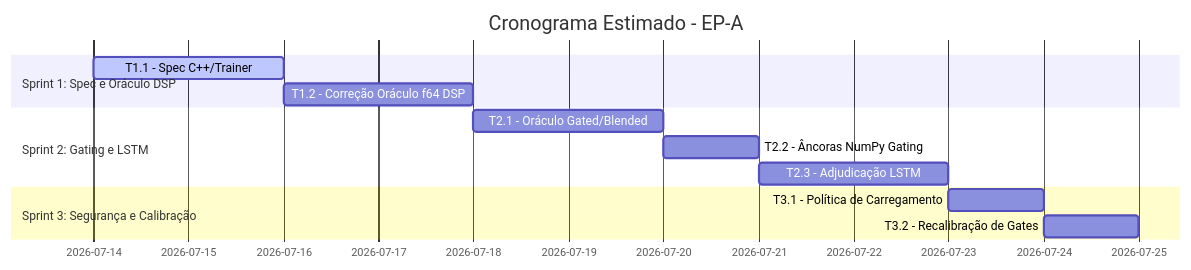
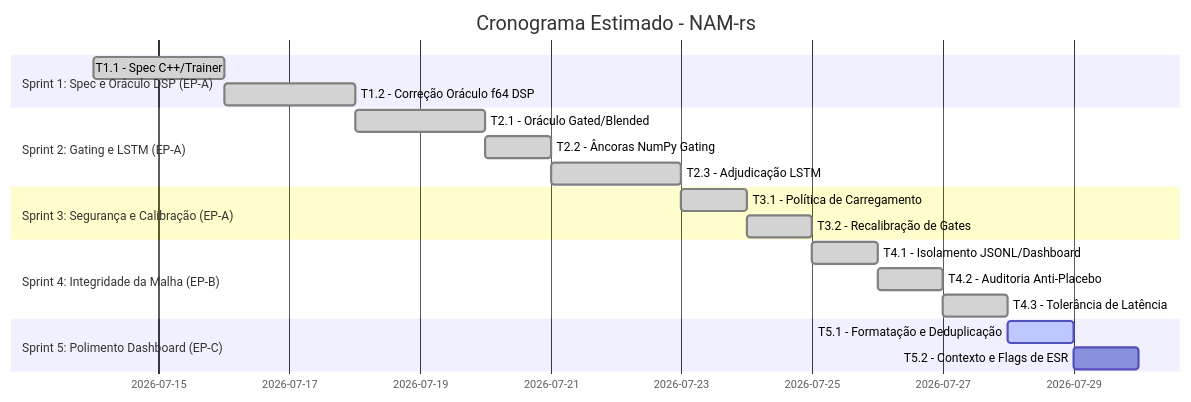
One commit to fabiohl/nam-rs changed the diagram in TODO-sprints.md. Above: the diagram before and after it, drawn with Mermaid. The commit also changed other lines of this file, not shown here.

Commit message:
última sprint

````diff
--- a/TODO-sprints.md
+++ b/TODO-sprints.md
@@ -26,15 +41,22 @@
 ```mermaid
 gantt
-    title Cronograma Estimado - EP-A
+    title Cronograma Estimado - NAM-rs
     dateFormat  YYYY-MM-DD
-    section Sprint 1: Spec e Oráculo DSP
-    T1.1 - Spec C++/Trainer          :active, t1_1, 2026-07-14, 2d
-    T1.2 - Correção Oráculo f64 DSP  :t1_2, after t1_1, 2d
-    section Sprint 2: Gating e LSTM
-    T2.1 - Oráculo Gated/Blended     :t2_1, after t1_2, 2d
-    T2.2 - Âncoras NumPy Gating      :t2_2, after t2_1, 1d
-    T2.3 - Adjudicação LSTM          :t2_3, after t2_2, 2d
-    section Sprint 3: Segurança e Calibração
-    T3.1 - Política de Carregamento  :t3_1, after t2_3, 1d
-    T3.2 - Recalibração de Gates     :t3_2, after t3_1, 1d
+    section Sprint 1: Spec e Oráculo DSP (EP-A)
+    T1.1 - Spec C++/Trainer          :done, t1_1, 2026-07-14, 2d
+    T1.2 - Correção Oráculo f64 DSP  :done, t1_2, after t1_1, 2d
+    section Sprint 2: Gating e LSTM (EP-A)
+    T2.1 - Oráculo Gated/Blended     :done, t2_1, after t1_2, 2d
+    T2.2 - Âncoras NumPy Gating      :done, t2_2, after t2_1, 1d
+    T2.3 - Adjudicação LSTM          :done, t2_3, after t2_2, 2d
+    section Sprint 3: Segurança e Calibração (EP-A)
+    T3.1 - Política de Carregamento  :done, t3_1, after t2_3, 1d
+    T3.2 - Recalibração de Gates     :done, t3_2, after t3_1, 1d
+    section Sprint 4: Integridade da Malha (EP-B)
+    T4.1 - Isolamento JSONL/Dashboard :done, t4_1, after t3_2, 1d
+    T4.2 - Auditoria Anti-Placebo    :done, t4_2, after t4_1, 1d
+    T4.3 - Tolerância de Latência     :done, t4_3, after t4_2, 1d
+    section Sprint 5: Polimento Dashboard (EP-C)
+    T5.1 - Formatação e Deduplicação  :active, t5_1, after t4_3, 1d
+    T5.2 - Contexto e Flags de ESR    :t5_2, after t5_1, 1d
 ```
````
